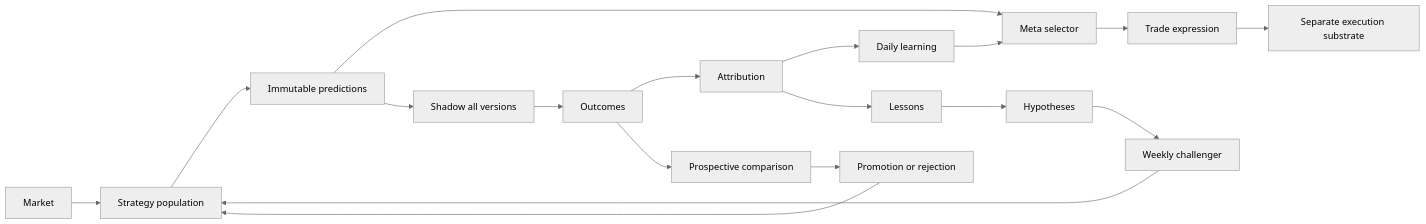
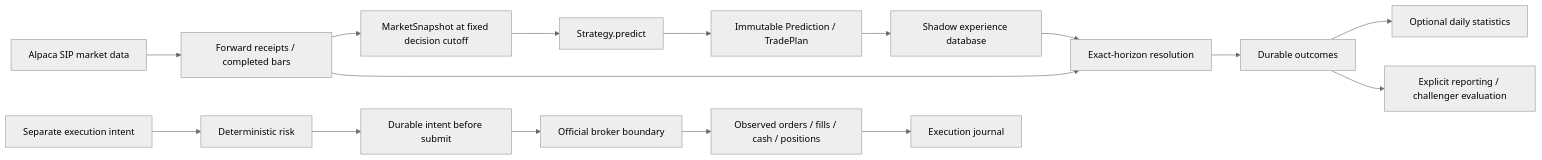
The diagram in docs/architecture.md (danielye0010/TradeAgent), drawn with Mermaid (neutral theme) before and after one commit. The commit also changed other lines of this file and 18 other files, not shown here.

````diff
--- a/docs/architecture.md
+++ b/docs/architecture.md
@@ -5,20 +6,18 @@
 ```mermaid
 flowchart LR
-    Market --> Population[Strategy population]
-    Population --> Predictions[Immutable predictions]
-    Predictions --> Selector[Meta selector]
-    Selector --> Expression[Trade expression]
-    Predictions --> Shadow[Shadow all versions]
-    Shadow --> Outcomes
-    Outcomes --> Attribution
-    Attribution --> Daily[Daily learning]
-    Attribution --> Lessons
-    Lessons --> Hypotheses
-    Hypotheses --> Challenger[Weekly challenger]
-    Challenger --> Population
-    Daily --> Selector
-    Outcomes --> Evaluation[Prospective comparison]
-    Evaluation --> Promotion[Promotion or rejection]
-    Promotion --> Population
-    Expression --> Execution[Separate execution substrate]
+    Data[Alpaca SIP market data] --> Cache[Forward receipts / completed bars]
+    Cache --> Snapshot[MarketSnapshot at fixed decision cutoff]
+    Snapshot --> Strategy[Strategy.predict]
+    Strategy --> Prediction[Immutable Prediction / TradePlan]
+    Prediction --> Store[Shadow experience database]
+    Cache --> Resolve[Exact-horizon resolution]
+    Store --> Resolve
+    Resolve --> Outcomes[Durable outcomes]
+    Outcomes --> Learning[Optional daily statistics]
+    Outcomes --> Research[Explicit reporting / challenger evaluation]
+    Intent[Separate execution intent] --> Risk[Deterministic risk]
+    Risk --> Execution[Durable intent before submit]
+    Execution --> Broker[Official broker boundary]
+    Broker --> Reconcile[Observed orders / fills / cash / positions]
+    Reconcile --> Journal[Execution journal]
 ```
````
